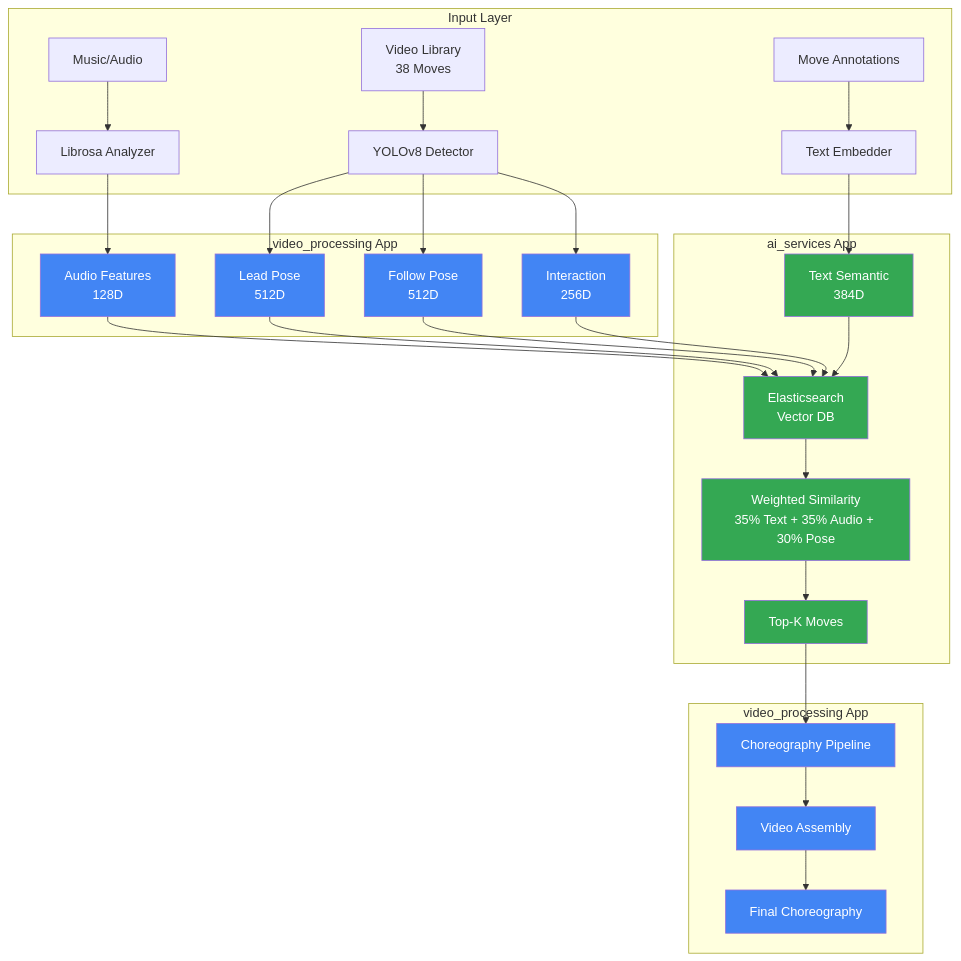
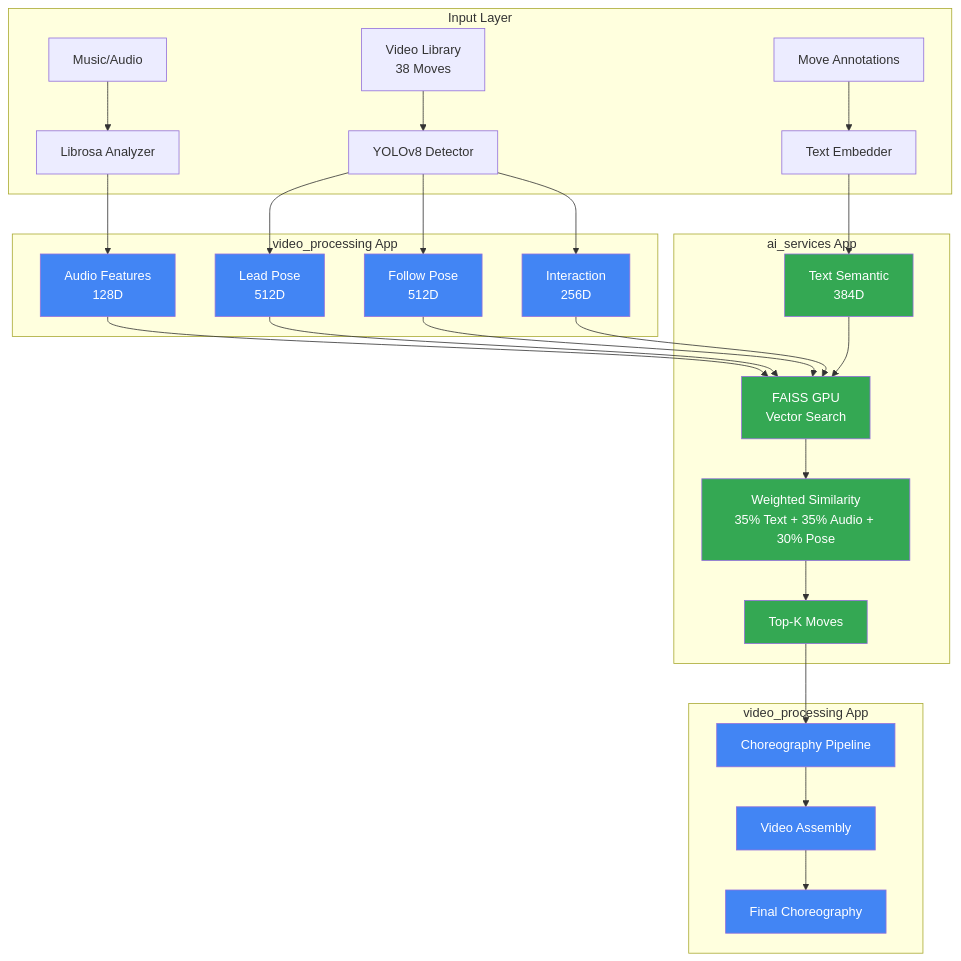
The first of 3 diagrams in README.md (erickrex/bachata_buddy), drawn with Mermaid before and after one commit. The commit also changed other lines of this file, not shown here.

````diff
--- a/README.md
+++ b/README.md
@@ -42,44 +42,44 @@
 ```mermaid
 graph TB
     subgraph "Input Layer"
         A[Music/Audio] --> B[Librosa Analyzer]
         V[Video Library<br/>38 Moves] --> C[YOLOv8 Detector]
         M[Move Annotations] --> D[Text Embedder]
     end
     
     subgraph "video_processing App"
         B --> E[Audio Features<br/>128D]
         C --> F[Lead Pose<br/>512D]
         C --> G[Follow Pose<br/>512D]
         C --> H[Interaction<br/>256D]
     end
     
     subgraph "ai_services App"
         D --> I[Text Semantic<br/>384D]
-        E --> J[Elasticsearch<br/>Vector DB]
+        E --> J[FAISS GPU<br/>Vector Search]
         F --> J
         G --> J
         H --> J
         I --> J
         J --> K[Weighted Similarity<br/>35% Text + 35% Audio + 30% Pose]
         K --> L[Top-K Moves]
     end
     
     subgraph "video_processing App"
         L --> N[Choreography Pipeline]
         N --> O[Video Assembly]
         O --> P[Final Choreography]
     end
     
     style E fill:#4285f4,color:#fff
     style F fill:#4285f4,color:#fff
     style G fill:#4285f4,color:#fff
     style H fill:#4285f4,color:#fff
     style I fill:#34a853,color:#fff
     style J fill:#34a853,color:#fff
     style K fill:#34a853,color:#fff
     style L fill:#34a853,color:#fff
     style N fill:#4285f4,color:#fff
     style O fill:#4285f4,color:#fff
     style P fill:#4285f4,color:#fff
 ```
````
